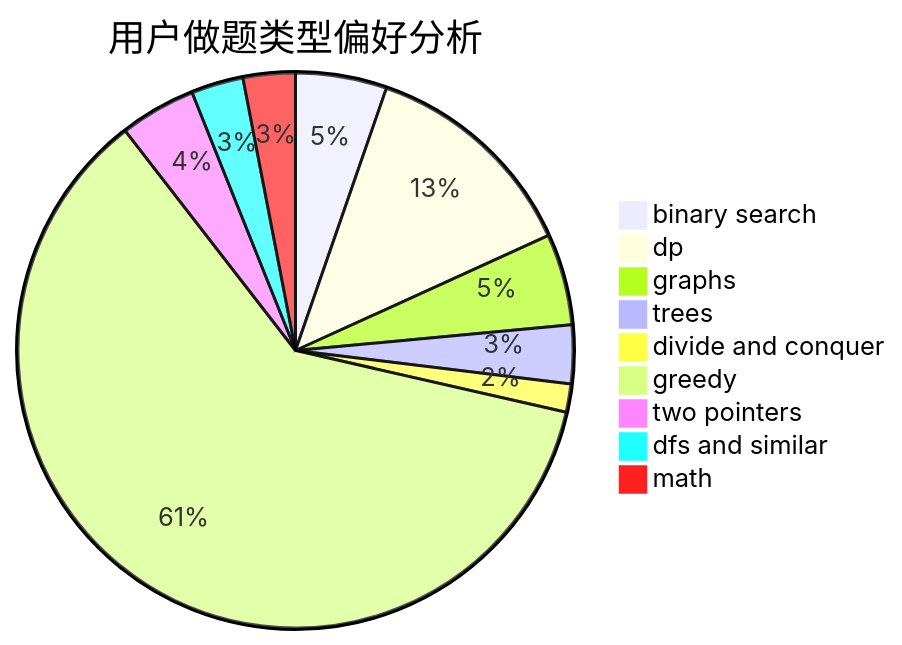
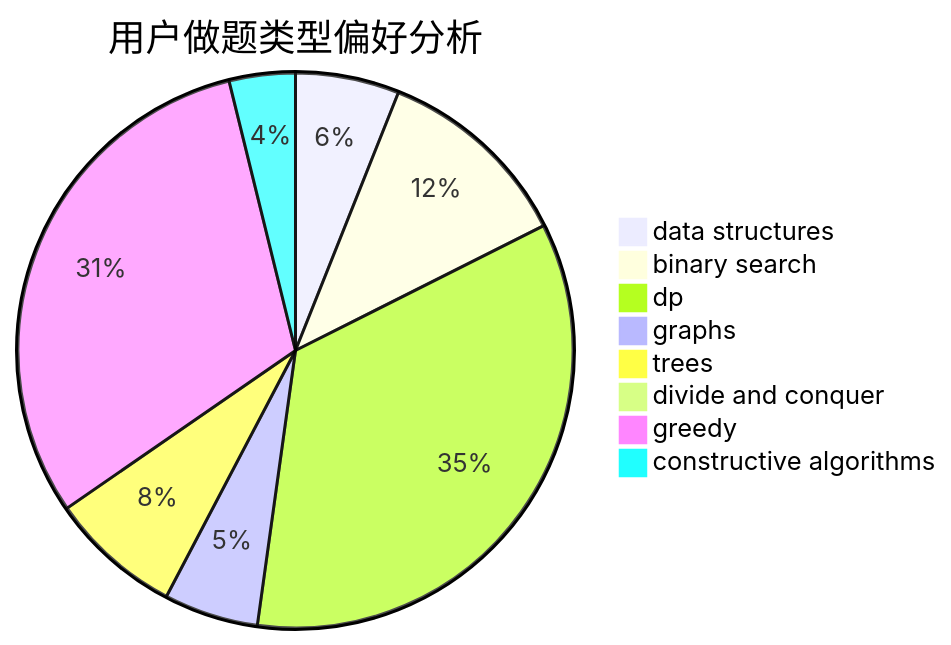
The second of 3 diagrams in docs/user/u1290.md (sherpahu/cfrs.github.io), drawn with Mermaid before and after one commit. The commit also changed other lines of this file and 2775 other files, not shown here.

````diff
--- a/docs/user/u1290.md
+++ b/docs/user/u1290.md
@@ -23,12 +23,11 @@
 ```mermaid
 pie title 用户做题类型偏好分析
-    "binary search" :  42
-    "dp" :  102
-    "graphs" :  42
-    "trees" :  27
-    "divide and conquer" :  13
-    "greedy" :  482
-    "two pointers" :  35
-    "dfs and similar" :  24
-    "math" :  24
+    "data structures" :  11
+    "binary search" :  21
+    "dp" :  63
+    "graphs" :  10
+    "trees" :  14
+    "divide and conquer" :  0
+    "greedy" :  56
+    "constructive algorithms" :  7
 ```
````
